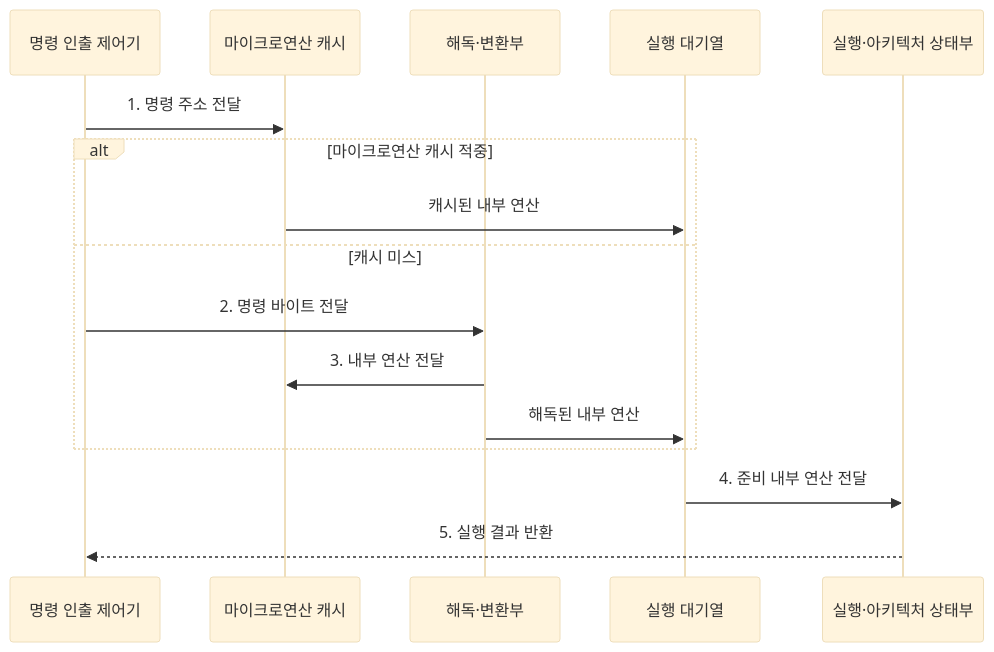
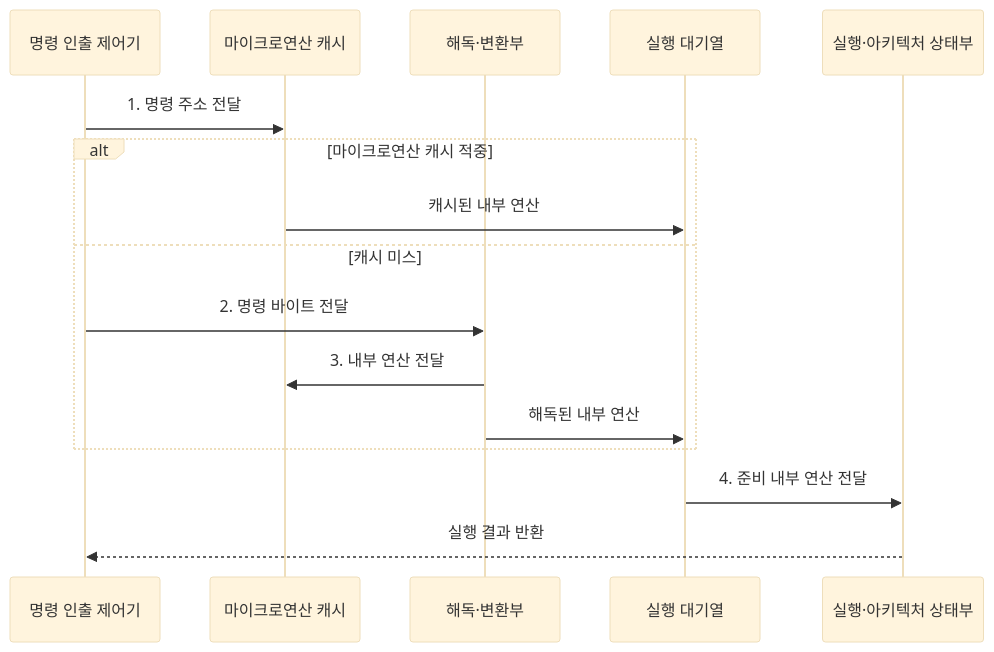
The second of 2 diagrams in src/content/docs/notes/02-hardware/003_risc_vs_cisc.md (agnusdei1207/knowledge-base), drawn with Mermaid (base theme) before and after one commit. The commit also changed other lines of this file and 15 other files, not shown here.

````diff
--- a/src/content/docs/notes/02-hardware/003_risc_vs_cisc.md
+++ b/src/content/docs/notes/02-hardware/003_risc_vs_cisc.md
@@ -90,18 +90,18 @@
 ```mermaid
 sequenceDiagram
     participant F as 명령 인출 제어기
     participant U as 마이크로연산 캐시
     participant D as 해독·변환부
     participant Q as 실행 대기열
     participant E as 실행·아키텍처 상태부
     F->>U: 1. 명령 주소 전달
     alt 마이크로연산 캐시 적중
         U->>Q: 캐시된 내부 연산
     else 캐시 미스
         F->>D: 2. 명령 바이트 전달
         D->>U: 3. 내부 연산 전달
         D->>Q: 해독된 내부 연산
     end
     Q->>E: 4. 준비 내부 연산 전달
-    E-->>F: 5. 실행 결과 반환
+    E-->>F: 실행 결과 반환
 ```
````
